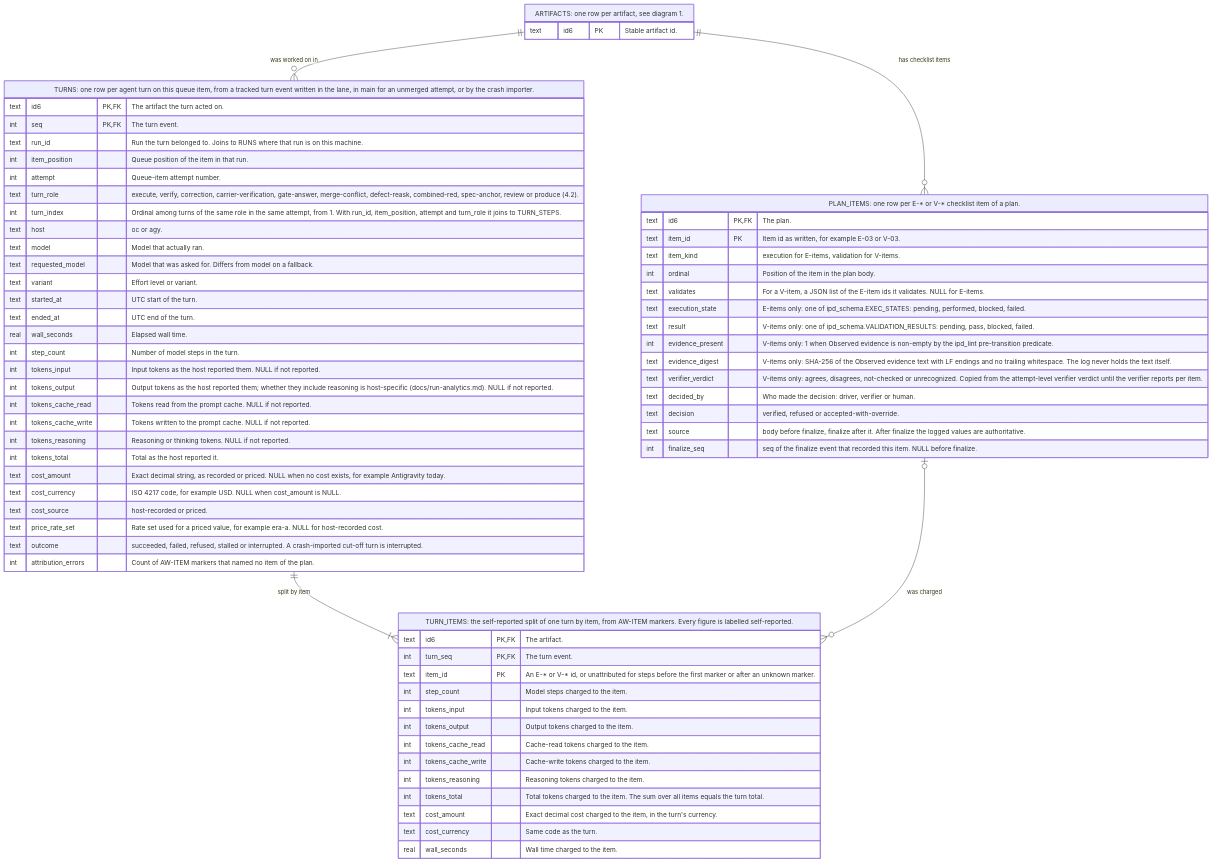
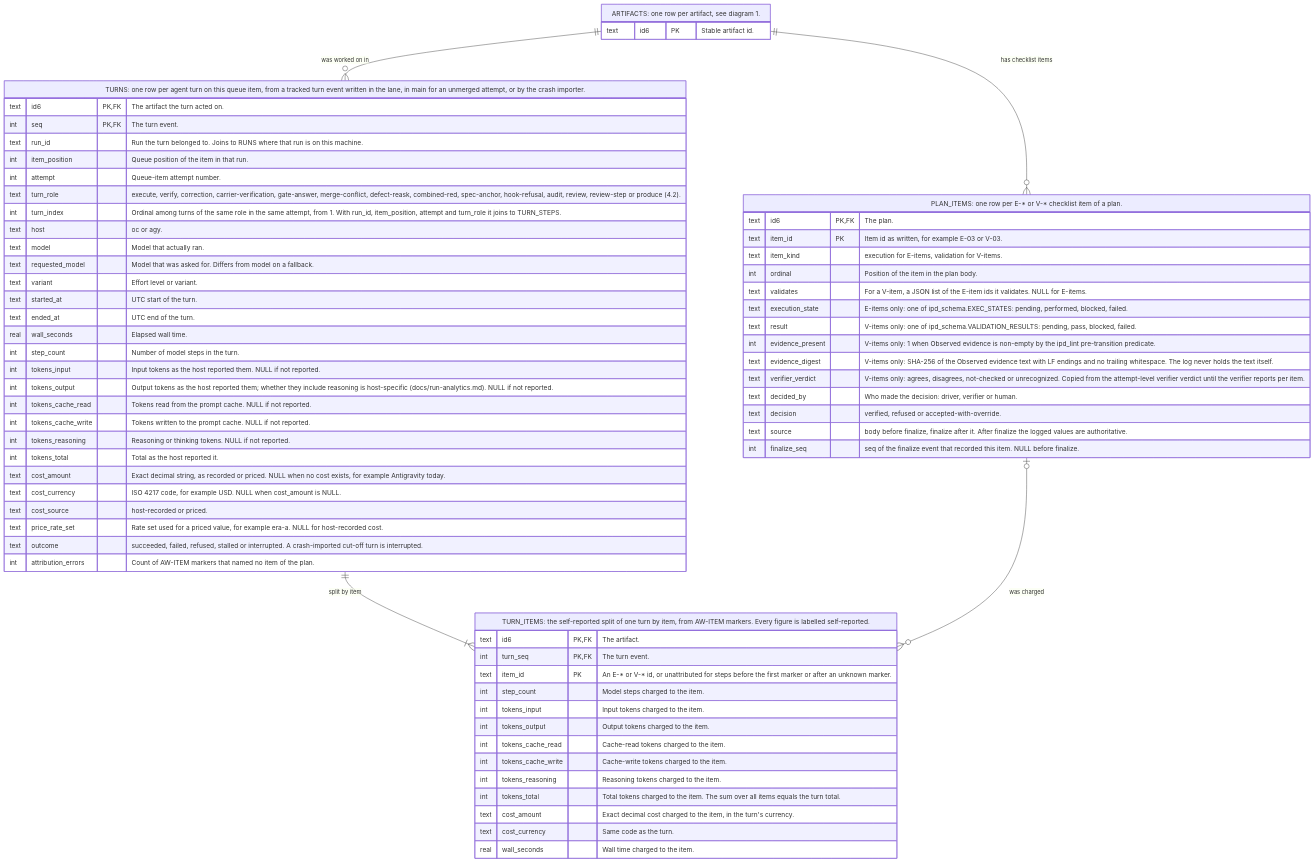
Before and after one commit to fariello/agent-workflows: the third of 12 diagrams in .aw/records/specs/reviewed/20260925-metastore-01-4sd62s-artifact-metadata-store.spec.md, drawn with Mermaid. The commit also changed other lines of this file and 1 other file, not shown here.

First line of the commit message:
spec-review: harden 4sd62s (revisions applied)

````diff
--- a/.aw/records/specs/reviewed/20260925-metastore-01-4sd62s-artifact-metadata-store.spec.md
+++ b/.aw/records/specs/reviewed/20260925-metastore-01-4sd62s-artifact-metadata-store.spec.md
@@ -1731,70 +1727,70 @@
 ```mermaid
 erDiagram
     ARTIFACTS["ARTIFACTS: one row per artifact, see diagram 1."] {
         text id6 PK "Stable artifact id."
     }
     PLAN_ITEMS["PLAN_ITEMS: one row per E-* or V-* checklist item of a plan."] {
         text id6 PK, FK "The plan."
         text item_id PK "Item id as written, for example E-03 or V-03."
         text item_kind "execution for E-items, validation for V-items."
         int ordinal "Position of the item in the plan body."
         text validates "For a V-item, a JSON list of the E-item ids it validates. NULL for E-items."
         text execution_state "E-items only: one of ipd_schema.EXEC_STATES: pending, performed, blocked, failed."
         text result "V-items only: one of ipd_schema.VALIDATION_RESULTS: pending, pass, blocked, failed."
         int evidence_present "V-items only: 1 when Observed evidence is non-empty by the ipd_lint pre-transition predicate."
         text evidence_digest "V-items only: SHA-256 of the Observed evidence text with LF endings and no trailing whitespace. The log never holds the text itself."
         text verifier_verdict "V-items only: agrees, disagrees, not-checked or unrecognized. Copied from the attempt-level verifier verdict until the verifier reports per item."
         text decided_by "Who made the decision: driver, verifier or human."
         text decision "verified, refused or accepted-with-override."
         text source "body before finalize, finalize after it. After finalize the logged values are authoritative."
         int finalize_seq "seq of the finalize event that recorded this item. NULL before finalize."
     }
     TURNS["TURNS: one row per agent turn on this queue item, from a tracked turn event written in the lane, in main for an unmerged attempt, or by the crash importer."] {
         text id6 PK, FK "The artifact the turn acted on."
         int seq PK, FK "The turn event."
         text run_id "Run the turn belonged to. Joins to RUNS where that run is on this machine."
         int item_position "Queue position of the item in that run."
         int attempt "Queue-item attempt number."
-        text turn_role "execute, verify, correction, carrier-verification, gate-answer, merge-conflict, defect-reask, combined-red, spec-anchor, review or produce (4.2)."
+        text turn_role "execute, verify, correction, carrier-verification, gate-answer, merge-conflict, defect-reask, combined-red, spec-anchor, hook-refusal, audit, review, review-step or produce (4.2)."
         int turn_index "Ordinal among turns of the same role in the same attempt, from 1. With run_id, item_position, attempt and turn_role it joins to TURN_STEPS."
         text host "oc or agy."
         text model "Model that actually ran."
         text requested_model "Model that was asked for. Differs from model on a fallback."
         text variant "Effort level or variant."
         text started_at "UTC start of the turn."
         text ended_at "UTC end of the turn."
         real wall_seconds "Elapsed wall time."
         int step_count "Number of model steps in the turn."
         int tokens_input "Input tokens as the host reported them. NULL if not reported."
         int tokens_output "Output tokens as the host reported them; whether they include reasoning is host-specific (docs/run-analytics.md). NULL if not reported."
         int tokens_cache_read "Tokens read from the prompt cache. NULL if not reported."
         int tokens_cache_write "Tokens written to the prompt cache. NULL if not reported."
         int tokens_reasoning "Reasoning or thinking tokens. NULL if not reported."
         int tokens_total "Total as the host reported it."
         text cost_amount "Exact decimal string, as recorded or priced. NULL when no cost exists, for example Antigravity today."
         text cost_currency "ISO 4217 code, for example USD. NULL when cost_amount is NULL."
         text cost_source "host-recorded or priced."
         text price_rate_set "Rate set used for a priced value, for example era-a. NULL for host-recorded cost."
         text outcome "succeeded, failed, refused, stalled or interrupted. A crash-imported cut-off turn is interrupted."
         int attribution_errors "Count of AW-ITEM markers that named no item of the plan."
     }
     TURN_ITEMS["TURN_ITEMS: the self-reported split of one turn by item, from AW-ITEM markers. Every figure is labelled self-reported."] {
         text id6 PK, FK "The artifact."
         int turn_seq PK, FK "The turn event."
         text item_id PK "An E-* or V-* id, or unattributed for steps before the first marker or after an unknown marker."
         int step_count "Model steps charged to the item."
         int tokens_input "Input tokens charged to the item."
         int tokens_output "Output tokens charged to the item."
         int tokens_cache_read "Cache-read tokens charged to the item."
         int tokens_cache_write "Cache-write tokens charged to the item."
         int tokens_reasoning "Reasoning tokens charged to the item."
         int tokens_total "Total tokens charged to the item. The sum over all items equals the turn total."
         text cost_amount "Exact decimal cost charged to the item, in the turn's currency."
         text cost_currency "Same code as the turn."
         real wall_seconds "Wall time charged to the item."
     }
     ARTIFACTS ||--o{ PLAN_ITEMS : "has checklist items"
     ARTIFACTS ||--o{ TURNS : "was worked on in"
     TURNS ||--|{ TURN_ITEMS : "split by item"
     PLAN_ITEMS |o--o{ TURN_ITEMS : "was charged"
 ```
````
